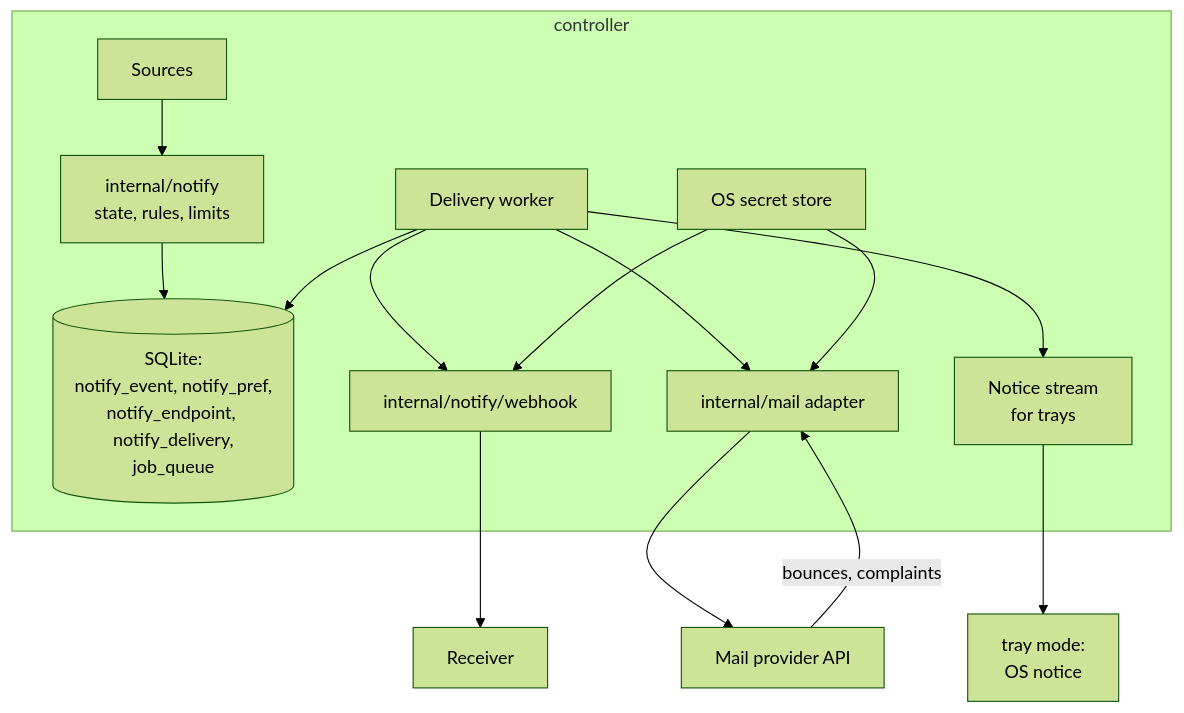
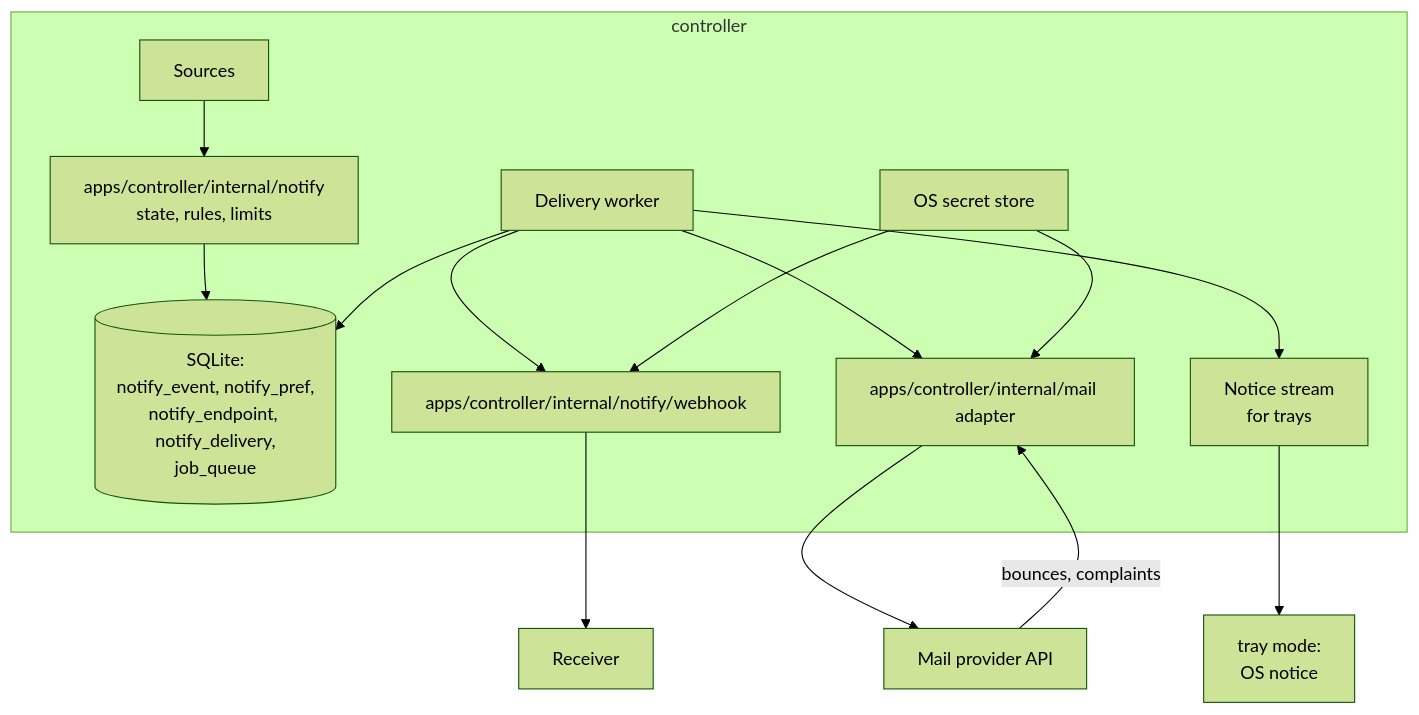
One commit to luis-mc/ci-runners-shared-pool changed the second of 2 diagrams in docs/features/notifications/spec.md. Above: the diagram before and after it, drawn with Mermaid (forest theme). The commit also changed other lines of this file and 3388 other files, not shown here.

First line of the commit message:
CRSP306: move the Go server to apps/controller and the console to apps/controller-console (#484)

````diff
--- a/docs/features/notifications/spec.md
+++ b/docs/features/notifications/spec.md
@@ -214,17 +214,17 @@
 ```mermaid
 flowchart TB
   subgraph controller
-    sources[Sources] --> notify[internal/notify<br/>state, rules, limits]
+    sources[Sources] --> notify[apps/controller/internal/notify<br/>state, rules, limits]
     notify --> store[(SQLite:<br/>notify_event, notify_pref,<br/>notify_endpoint, notify_delivery,<br/>job_queue)]
     worker[Delivery worker] --> store
-    worker --> webhook[internal/notify/webhook]
-    worker --> mail[internal/mail adapter]
+    worker --> webhook[apps/controller/internal/notify/webhook]
+    worker --> mail[apps/controller/internal/mail adapter]
     worker --> stream[Notice stream<br/>for trays]
     secrets[OS secret store] --> webhook
     secrets --> mail
   end
   stream --> tray[tray mode:<br/>OS notice]
   webhook --> ext[Receiver]
   mail --> provider[Mail provider API]
   provider -->|bounces, complaints| mail
 ```
````
